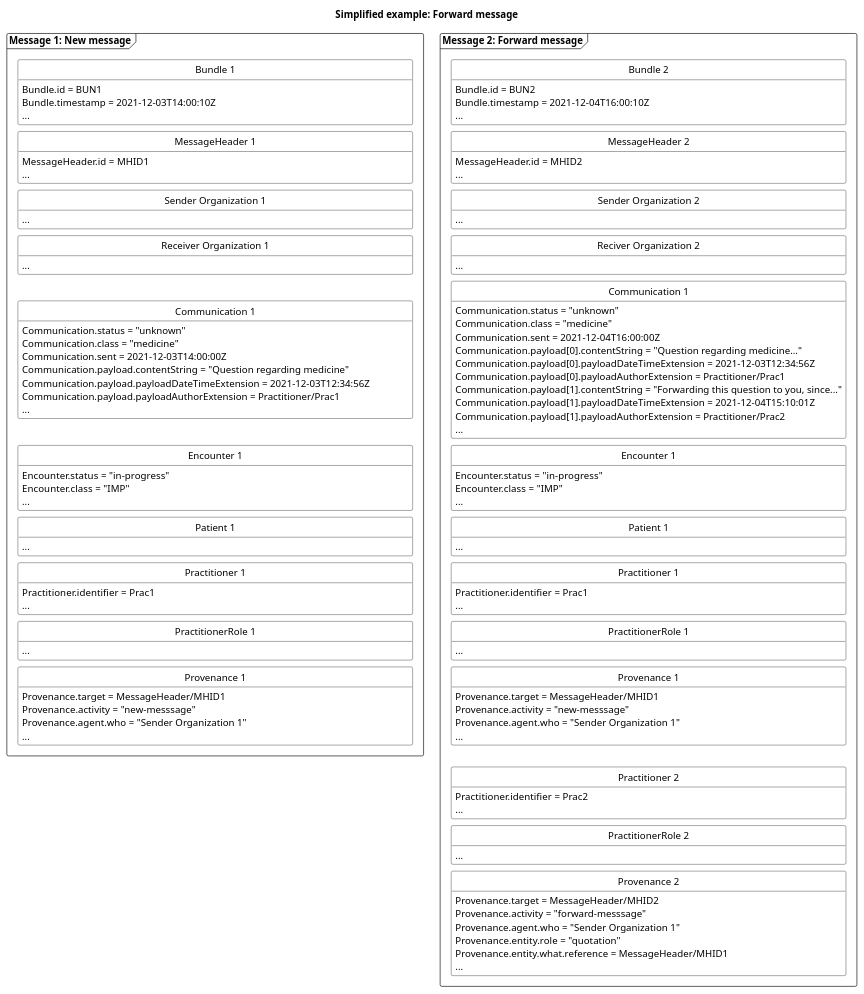
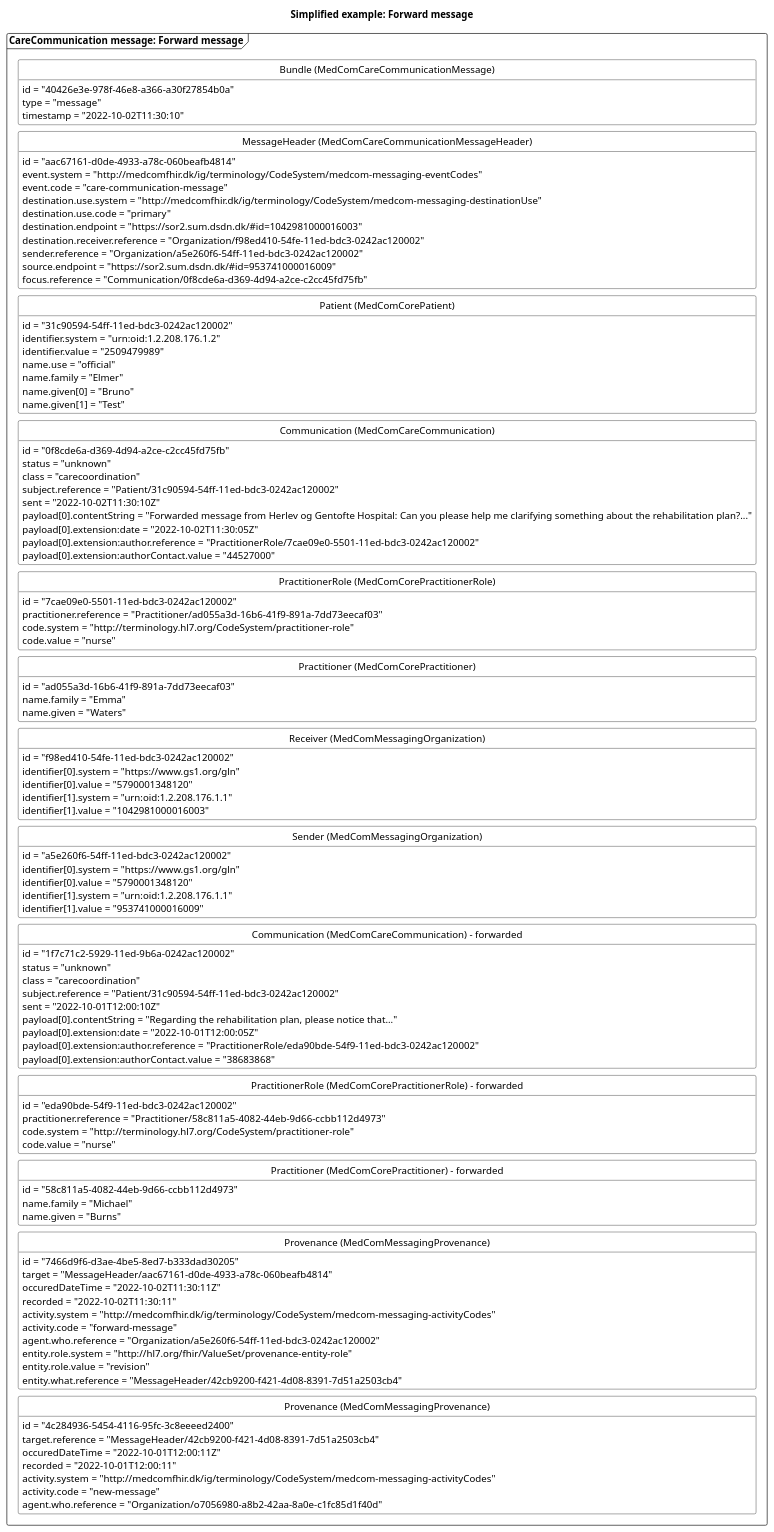
Before and after one commit to medcomdk/dk-medcom-carecommunication: the diagram in puml/CareCommunicationForwardMessage.puml, drawn with PlantUML. The commit also changed other lines of this file and 46 other files, not shown here.

First line of the commit message:
CareCommunication updated

```diff
--- a/puml/CareCommunicationForwardMessage.puml
+++ b/puml/CareCommunicationForwardMessage.puml
@@ -1,167 +1,140 @@
-@startuml CCForwardMessage
+@startuml CCForwardMessage2
 
 'layout
 skinparam class {
     BackgroundColor White
     BorderColor Black
     ArrowColor Black
   }
 hide circle
 hide empty members
 skinparam SameClassWidth true
 skinparam Ranksep 10
 
 
 'title
 title Simplified example: Forward message
 
-'Message 1: New message
-package "Message 1: New message" as new <<Frame>>{
-    class "Bundle 1" as newB {
-        Bundle.id = BUN1
-        Bundle.timestamp = 2021-12-03T14:00:10Z
-        ...
+'Message 1: Forward message
+package "CareCommunication message: Forward message" as forward <<Frame>>{
+    class "Bundle (MedComCareCommunicationMessage)" as forwardB {
+        id = "40426e3e-978f-46e8-a366-a30f27854b0a"
+        type = "message"
+        timestamp = "2022-10-02T11:30:10"
     }
-    class "MessageHeader 1" as newMH{
-        MessageHeader.id = MHID1
-        ...
+    class "MessageHeader (MedComCareCommunicationMessageHeader)" as forwardMH{
+        id = "aac67161-d0de-4933-a78c-060beafb4814"
+        event.system = "http://medcomfhir.dk/ig/terminology/CodeSystem/medcom-messaging-eventCodes"
+        event.code = "care-communication-message"
+        destination.use.system = "http://medcomfhir.dk/ig/terminology/CodeSystem/medcom-messaging-destinationUse"
+        destination.use.code = "primary"
+        destination.endpoint = "https://sor2.sum.dsdn.dk/#id=1042981000016003"
+        destination.receiver.reference = "Organization/f98ed410-54fe-11ed-bdc3-0242ac120002"
+        sender.reference = "Organization/a5e260f6-54ff-11ed-bdc3-0242ac120002"
+        source.endpoint = "https://sor2.sum.dsdn.dk/#id=953741000016009"
+        focus.reference = "Communication/0f8cde6a-d369-4d94-a2ce-c2cc45fd75fb"
     }
-    class "Sender Organization 1" as newSOrg{
-        ...
+    class "Patient (MedComCorePatient)" as forwardPT{
+        id = "31c90594-54ff-11ed-bdc3-0242ac120002"
+        identifier.system = "urn:oid:1.2.208.176.1.2"
+        identifier.value = "2509479989"
+        name.use = "official"
+        name.family = "Elmer"
+        name.given[0] = "Bruno"
+        name.given[1] = "Test"
     }
-    class "Receiver Organization 1" as newROrg{
-        ...
+    class "Communication (MedComCareCommunication)" as forwardCom{
+        id = "0f8cde6a-d369-4d94-a2ce-c2cc45fd75fb"
+        status = "unknown"
+        class = "carecoordination"
+        subject.reference = "Patient/31c90594-54ff-11ed-bdc3-0242ac120002"
+        sent = "2022-10-02T11:30:10Z"
+        payload[0].contentString = "Forwarded message from Herlev og Gentofte Hospital: Can you please help me clarifying something about the rehabilitation plan?..."
+        payload[0].extension:date = "2022-10-02T11:30:05Z"
+        payload[0].extension:author.reference = "PractitionerRole/7cae09e0-5501-11ed-bdc3-0242ac120002"
+        payload[0].extension:authorContact.value = "44527000"
     }
-    class "Communication 1" as newCom{
-        Communication.status = "unknown"
-        Communication.class = "medicine"
-        Communication.sent = 2021-12-03T14:00:00Z
-        Communication.payload.contentString = "Question regarding medicine"
-        Communication.payload.payloadDateTimeExtension = 2021-12-03T12:34:56Z
-        Communication.payload.payloadAuthorExtension = Practitioner/Prac1
-        ...
+    class "PractitionerRole (MedComCorePractitionerRole)" as forwardPracR{
+        id = "7cae09e0-5501-11ed-bdc3-0242ac120002"
+        practitioner.reference = "Practitioner/ad055a3d-16b6-41f9-891a-7dd73eecaf03"
+        code.system = "http://terminology.hl7.org/CodeSystem/practitioner-role"
+        code.value = "nurse"
     }
-    class "Encounter 1" as newENC{
-        Encounter.status = "in-progress"
-        Encounter.class = "IMP"
-        ...
+    class "Practitioner (MedComCorePractitioner)" as forwardPrac{
+        id = "ad055a3d-16b6-41f9-891a-7dd73eecaf03"
+        name.family = "Emma"
+        name.given = "Waters"
     }
-    class "Patient 1" as newPT{
-        ...
+    class "Receiver (MedComMessagingOrganization)" as forwardROrg{
+        id = "f98ed410-54fe-11ed-bdc3-0242ac120002"
+        identifier[0].system = "https://www.gs1.org/gln"
+        identifier[0].value = "5790001348120"
+        identifier[1].system = "urn:oid:1.2.208.176.1.1"
+        identifier[1].value = "1042981000016003"
     }
-    class "Practitioner 1" as newPrac{
-        Practitioner.identifier = Prac1
-        ...
+    class "Sender (MedComMessagingOrganization)" as forwardSOrg{
+        id = "a5e260f6-54ff-11ed-bdc3-0242ac120002"
+        identifier[0].system = "https://www.gs1.org/gln"
+        identifier[0].value = "5790001348120"
+        identifier[1].system = "urn:oid:1.2.208.176.1.1"
+        identifier[1].value = "953741000016009"
     }
-    class "PractitionerRole 1" as newPracR{
-        ...
+    class "Communication (MedComCareCommunication) - forwarded" as newCom{
+        id = "1f7c71c2-5929-11ed-9b6a-0242ac120002"
+        status = "unknown"
+        class = "carecoordination"
+        subject.reference = "Patient/31c90594-54ff-11ed-bdc3-0242ac120002"
+        sent = "2022-10-01T12:00:10Z"
+        payload[0].contentString = "Regarding the rehabilitation plan, please notice that..."
+        payload[0].extension:date = "2022-10-01T12:00:05Z"
+        payload[0].extension:author.reference = "PractitionerRole/eda90bde-54f9-11ed-bdc3-0242ac120002"
+        payload[0].extension:authorContact.value = "38683868"
     }
-    class "Provenance 1" as newPRO{
-        Provenance.target = MessageHeader/MHID1
-        Provenance.activity = "new-messsage"
-        Provenance.agent.who = "Sender Organization 1"
-        ...
+    class "PractitionerRole (MedComCorePractitionerRole) - forwarded" as newPracR{
+        id = "eda90bde-54f9-11ed-bdc3-0242ac120002"
+        practitioner.reference = "Practitioner/58c811a5-4082-44eb-9d66-ccbb112d4973"
+        code.system = "http://terminology.hl7.org/CodeSystem/practitioner-role"
+        code.value = "nurse"
     }
-
-newB -[hidden]- newMH
-newMH -[hidden]- newSOrg
-newSOrg-[hidden]-newROrg
-newROrg-[hidden]-newCom
-newCom -[hidden]- newENC
-newENC-[hidden]-newPT
-newPT-[hidden]-newPrac
-newPrac-[hidden]-newPracR
-newPracR-[hidden]-newPRO
-
-
-
-}
-
-'Message 2: Forward message
-package "Message 2: Forward message" as forward <<Frame>>{
-    class "Bundle 2" as forwardB {
-        Bundle.id = BUN2
-        Bundle.timestamp = 2021-12-04T16:00:10Z
-        ...
+    class "Practitioner (MedComCorePractitioner) - forwarded" as newPrac{
+        id = "58c811a5-4082-44eb-9d66-ccbb112d4973"
+        name.family = "Michael"
+        name.given = "Burns"
     }
-    class "MessageHeader 2" as forwardMH{
-        MessageHeader.id = MHID2
-        ...
+    class "Provenance (MedComMessagingProvenance)" as forwardPRO{
+        id = "7466d9f6-d3ae-4be5-8ed7-b333dad30205"
+        target = "MessageHeader/aac67161-d0de-4933-a78c-060beafb4814"
+        occuredDateTime = "2022-10-02T11:30:11Z"
+        recorded = "2022-10-02T11:30:11"
+        activity.system = "http://medcomfhir.dk/ig/terminology/CodeSystem/medcom-messaging-activityCodes"
+        activity.code = "forward-message"
+        agent.who.reference = "Organization/a5e260f6-54ff-11ed-bdc3-0242ac120002"
+        entity.role.system = "http://hl7.org/fhir/ValueSet/provenance-entity-role"
+        entity.role.value = "revision"
+        entity.what.reference = "MessageHeader/42cb9200-f421-4d08-8391-7d51a2503cb4"
     }
-    class "Sender Organization 2" as forwardSOrg{
-        ...
-    }
-    class "Reciver Organization 2" as forwardROrg{
-        ...
-    }
-    class "Communication 1" as newforwardCom{
-        Communication.status = "unknown"
-        Communication.class = "medicine"
-        Communication.sent = 2021-12-04T16:00:00Z
-        Communication.payload[0].contentString = "Question regarding medicine..."
-        Communication.payload[0].payloadDateTimeExtension = 2021-12-03T12:34:56Z
-        Communication.payload[0].payloadAuthorExtension = Practitioner/Prac1
-        Communication.payload[1].contentString = "Forwarding this question to you, since..."
-        Communication.payload[1].payloadDateTimeExtension = 2021-12-04T15:10:01Z
-        Communication.payload[1].payloadAuthorExtension = Practitioner/Prac2
-        ...
-    }
-    class "Encounter 1" as newforwardENC{
-        Encounter.status = "in-progress"
-        Encounter.class = "IMP"
-        ...
-    }
-    class "Patient 1" as newforwardPT{
-        ...
-    }
-    class "Practitioner 1" as newforwardPrac{
-        Practitioner.identifier = Prac1
-        ...
-    }
-    class "PractitionerRole 1" as newforwardPracR{
-        ...
-    }
-    class "Provenance 1" as newforwardPRO{
-        Provenance.target = MessageHeader/MHID1
-        Provenance.activity = "new-messsage"
-        Provenance.agent.who = "Sender Organization 1"
-        ...
-    }
-    class "Practitioner 2" as forwardPrac{
-        Practitioner.identifier = Prac2
-        ...
-    }
-    class "PractitionerRole 2" as forwardPracR{
-        ...
-    }    
-    class "Provenance 2" as forwardPRO{
-        Provenance.target = MessageHeader/MHID2
-        Provenance.activity = "forward-messsage"
-        Provenance.agent.who = "Sender Organization 1"
-        Provenance.entity.role = "quotation"
-        Provenance.entity.what.reference = MessageHeader/MHID1
-        ...
+    class "Provenance (MedComMessagingProvenance)" as newPRO{
+        id = "4c284936-5454-4116-95fc-3c8eeeed2400"
+        target.reference = "MessageHeader/42cb9200-f421-4d08-8391-7d51a2503cb4"
+        occuredDateTime = "2022-10-01T12:00:11Z"
+        recorded = "2022-10-01T12:00:11"
+        activity.system = "http://medcomfhir.dk/ig/terminology/CodeSystem/medcom-messaging-activityCodes"
+        activity.code = "new-message"
+        agent.who.reference = "Organization/o7056980-a8b2-42aa-8a0e-c1fc85d1f40d"
     }
 
 forwardB -[hidden]- forwardMH
-forwardMH -[hidden]- forwardSOrg
-forwardSOrg-[hidden]-forwardROrg
-forwardROrg-[hidden]-newforwardCom
-newforwardCom -[hidden]- newforwardENC
-newforwardENC-[hidden]-newforwardPT
-newforwardPT-[hidden]-newforwardPrac
-newforwardPrac-[hidden]-newforwardPracR
-newforwardPracR-[hidden]-newforwardPRO
-newforwardPRO-[hidden]-forwardPrac
-forwardPrac-[hidden]-forwardPracR
-forwardPracR-[hidden]-forwardPRO
-
-
-
-}
-
-' pile mellem de to beskeder
-' admit --> finished
+forwardMH -[hidden]-forwardPT
+forwardPT-[hidden]-forwardCom
+forwardCom -[hidden]-forwardPracR
+forwardPracR-[hidden]-forwardPrac
+forwardPrac-[hidden]-forwardROrg
+forwardROrg-[hidden]- forwardSOrg
+forwardSOrg-[hidden]-newCom
+newCom-[hidden]-newPracR
+newPracR-[hidden]-newPrac
+newPrac-[hidden]-forwardPRO
+forwardPRO-[hidden]-newPRO
 
 
 @enduml
```
